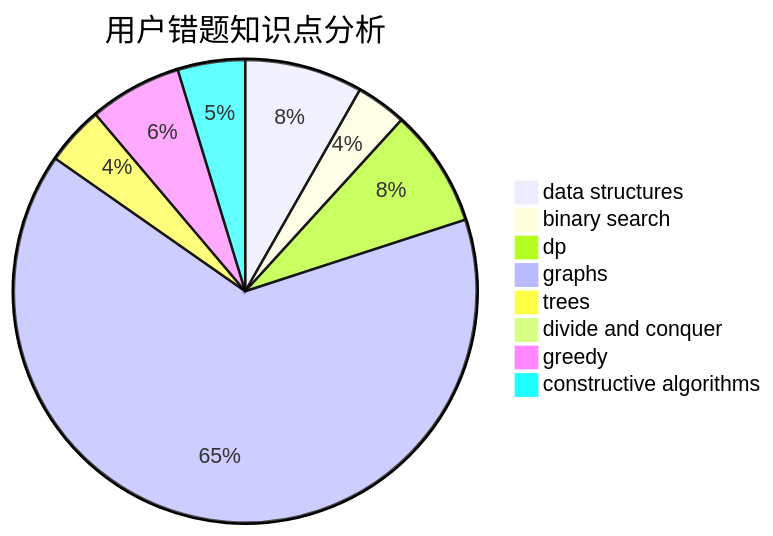
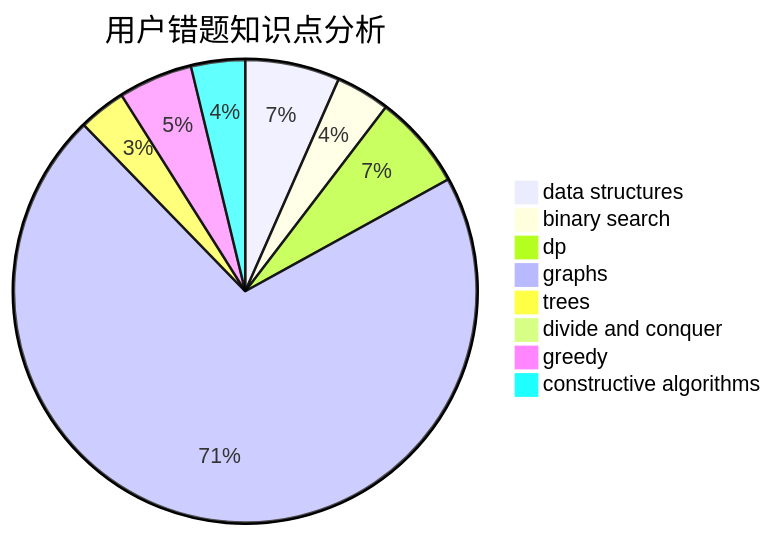
The third of 3 diagrams in docs/user/u1716.md (sherpahu/cfrs.github.io), drawn with Mermaid before and after one commit. The commit also changed other lines of this file and 2770 other files, not shown here.

````diff
--- a/docs/user/u1716.md
+++ b/docs/user/u1716.md
@@ -36,11 +36,11 @@
 ```mermaid
 pie title 用户错题知识点分析
     "data structures" :  14
-    "binary search" :  6
+    "binary search" :  8
     "dp" :  14
-    "graphs" :  110
+    "graphs" :  150
     "trees" :  7
     "divide and conquer" :  0
     "greedy" :  11
     "constructive algorithms" :  8
 ```
````
